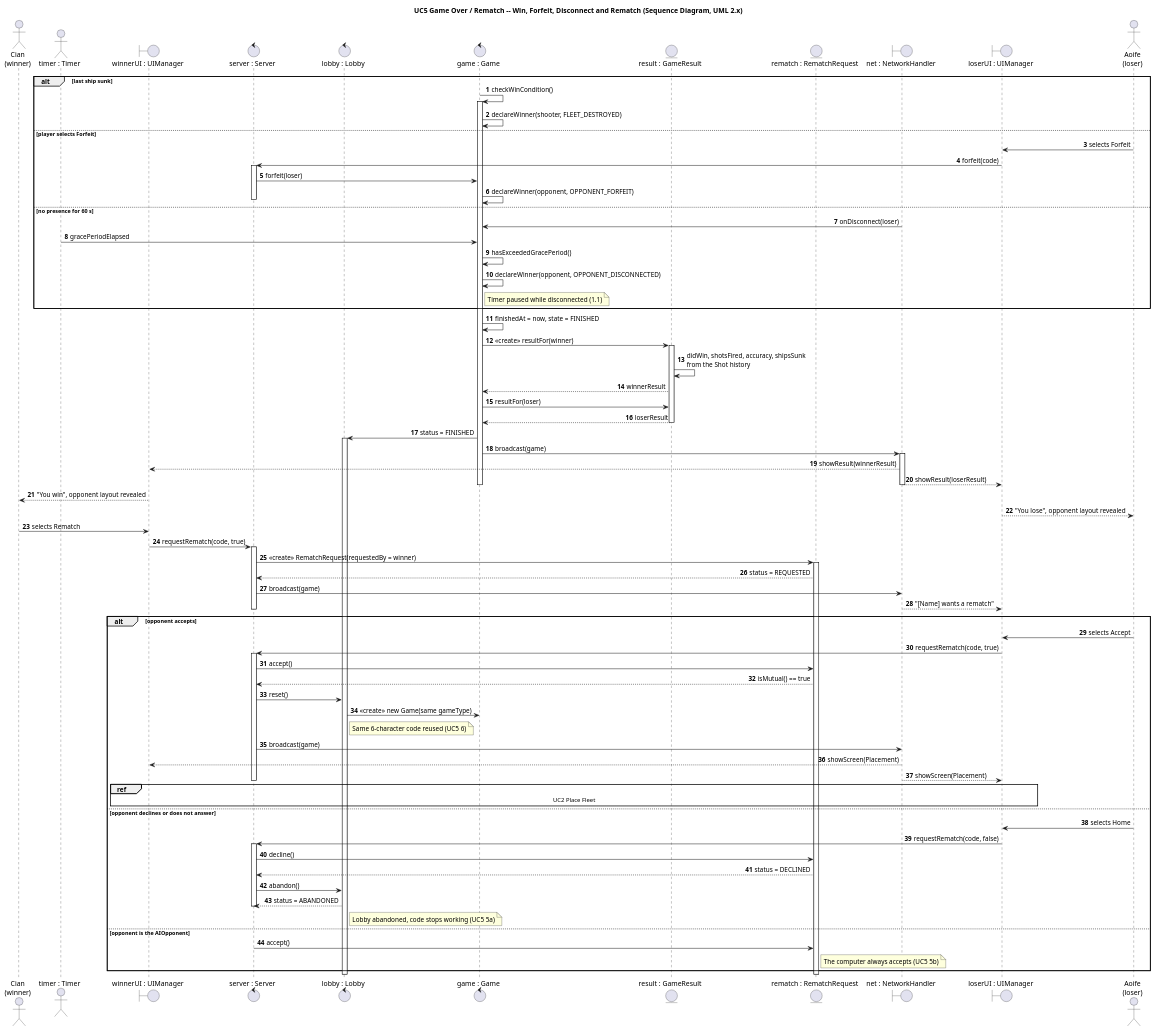
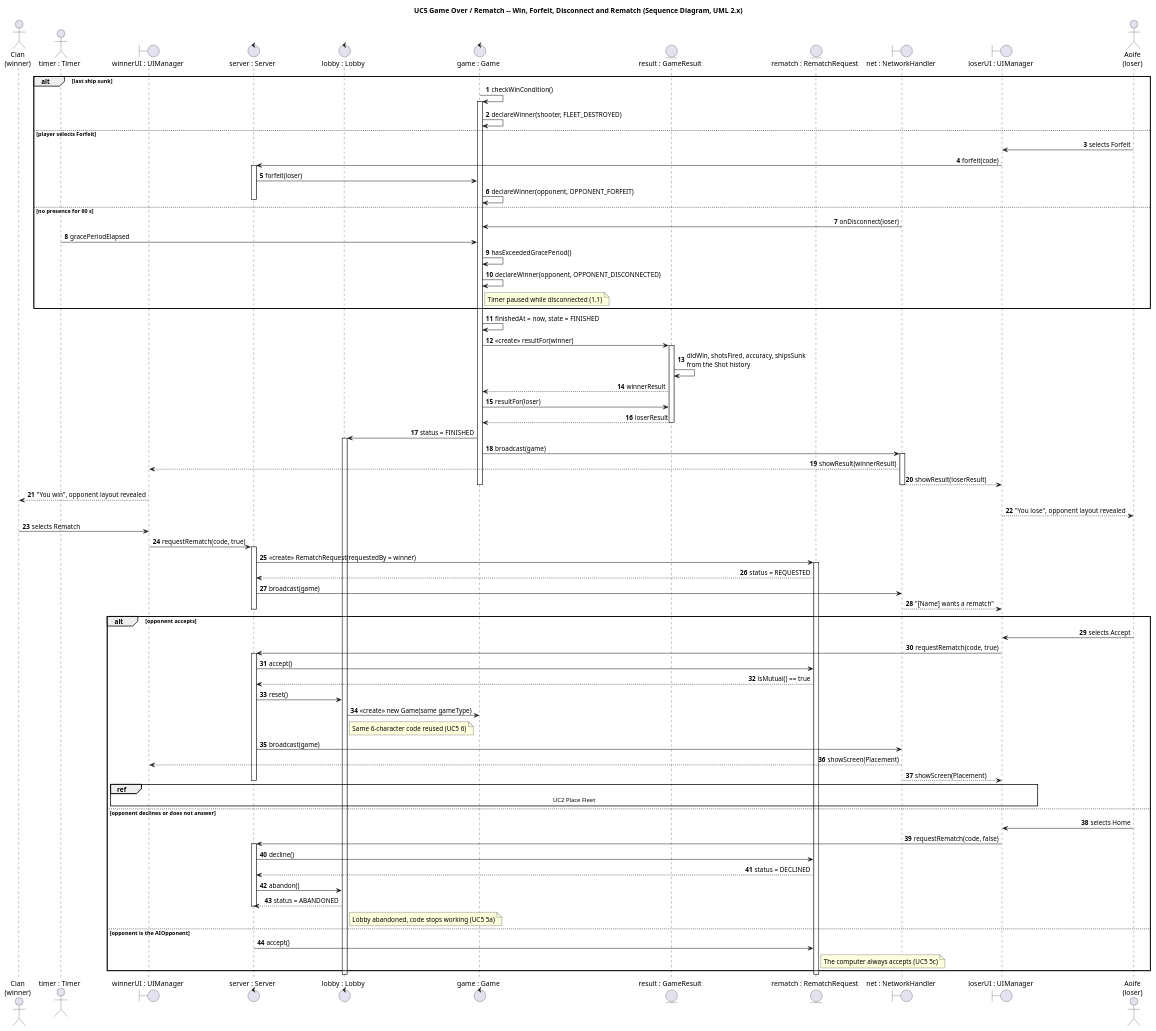
One commit to queeeety/battleship-online changed the diagram in docs/uml/sequence/game-over-rematch.puml. Above: the diagram before and after it, drawn with PlantUML. The commit also changed 3 other files, not shown here.

Commit message:
Fixed 4 diagrams to match Usecase numbering

```diff
--- a/docs/uml/sequence/game-over-rematch.puml
+++ b/docs/uml/sequence/game-over-rematch.puml
@@ -1,99 +1,99 @@
 @startuml 5_2_GameOverRematch_SequenceDiagram
 ' MyBattleship -- GroupXXAssign2.pdf, section 5.2: Game Over / Rematch
 ' Scenario: UC5 Game Over / Rematch, scenario 2.10. Referenced from 5.3 Fire Shot.
 title UC5 Game Over / Rematch -- Win, Forfeit, Disconnect and Rematch (Sequence Diagram, UML 2.x)
 
 skinparam sequenceMessageAlign first
 autonumber
 
 actor "Cian\n(winner)" as Winner
 actor "timer : Timer" as Timer
 boundary "winnerUI : UIManager" as WinUI
 control "server : Server" as Server
 control "lobby : Lobby" as Lobby
 control "game : Game" as Game
 entity "result : GameResult" as Result
 entity "rematch : RematchRequest" as Rematch
 boundary "net : NetworkHandler" as Net
 boundary "loserUI : UIManager" as LoseUI
 actor "Aoife\n(loser)" as Loser
 
 alt last ship sunk
   Game -> Game : checkWinCondition()
   activate Game
   Game -> Game : declareWinner(shooter, FLEET_DESTROYED)
 else player selects Forfeit
   Loser -> LoseUI : selects Forfeit
   LoseUI -> Server : forfeit(code)
   activate Server
   Server -> Game : forfeit(loser)
   Game -> Game : declareWinner(opponent, OPPONENT_FORFEIT)
   deactivate Server
 else no presence for 60 s
   Net -> Game : onDisconnect(loser)
   Timer -> Game : gracePeriodElapsed
   Game -> Game : hasExceededGracePeriod()
   Game -> Game : declareWinner(opponent, OPPONENT_DISCONNECTED)
   note right of Game : Timer paused while disconnected (1.1)
 end
 
 Game -> Game : finishedAt = now, state = FINISHED
 Game -> Result : <<create>> resultFor(winner)
 activate Result
 Result -> Result : didWin, shotsFired, accuracy, shipsSunk\nfrom the Shot history
 Result --> Game : winnerResult
 Game -> Result : resultFor(loser)
 Result --> Game : loserResult
 deactivate Result
 Game -> Lobby : status = FINISHED
 activate Lobby
 Game -> Net : broadcast(game)
 activate Net
 Net --> WinUI : showResult(winnerResult)
 Net --> LoseUI : showResult(loserResult)
 deactivate Net
 deactivate Game
 WinUI --> Winner : "You win", opponent layout revealed
 LoseUI --> Loser : "You lose", opponent layout revealed
 
 Winner -> WinUI : selects Rematch
 WinUI -> Server : requestRematch(code, true)
 activate Server
 Server -> Rematch : <<create>> RematchRequest(requestedBy = winner)
 activate Rematch
 Rematch --> Server : status = REQUESTED
 Server -> Net : broadcast(game)
 Net --> LoseUI : "[Name] wants a rematch"
 deactivate Server
 
 alt opponent accepts
   Loser -> LoseUI : selects Accept
   LoseUI -> Server : requestRematch(code, true)
   activate Server
   Server -> Rematch : accept()
   Rematch --> Server : isMutual() == true
   Server -> Lobby : reset()
   Lobby -> Game : <<create>> new Game(same gameType)
   note right of Lobby : Same 6-character code reused (UC5 6)
   Server -> Net : broadcast(game)
   Net --> WinUI : showScreen(Placement)
   Net --> LoseUI : showScreen(Placement)
   deactivate Server
   ref over WinUI, LoseUI : UC2 Place Fleet
 else opponent declines or does not answer
   Loser -> LoseUI : selects Home
   LoseUI -> Server : requestRematch(code, false)
   activate Server
   Server -> Rematch : decline()
   Rematch --> Server : status = DECLINED
   Server -> Lobby : abandon()
   Lobby --> Server : status = ABANDONED
   deactivate Server
   note right of Lobby : Lobby abandoned, code stops working (UC5 5a)
 else opponent is the AIOpponent
   Server -> Rematch : accept()
-  note right of Rematch : The computer always accepts (UC5 5b)
+  note right of Rematch : The computer always accepts (UC5 5c)
 end
 deactivate Rematch
 deactivate Lobby
 @enduml
```
